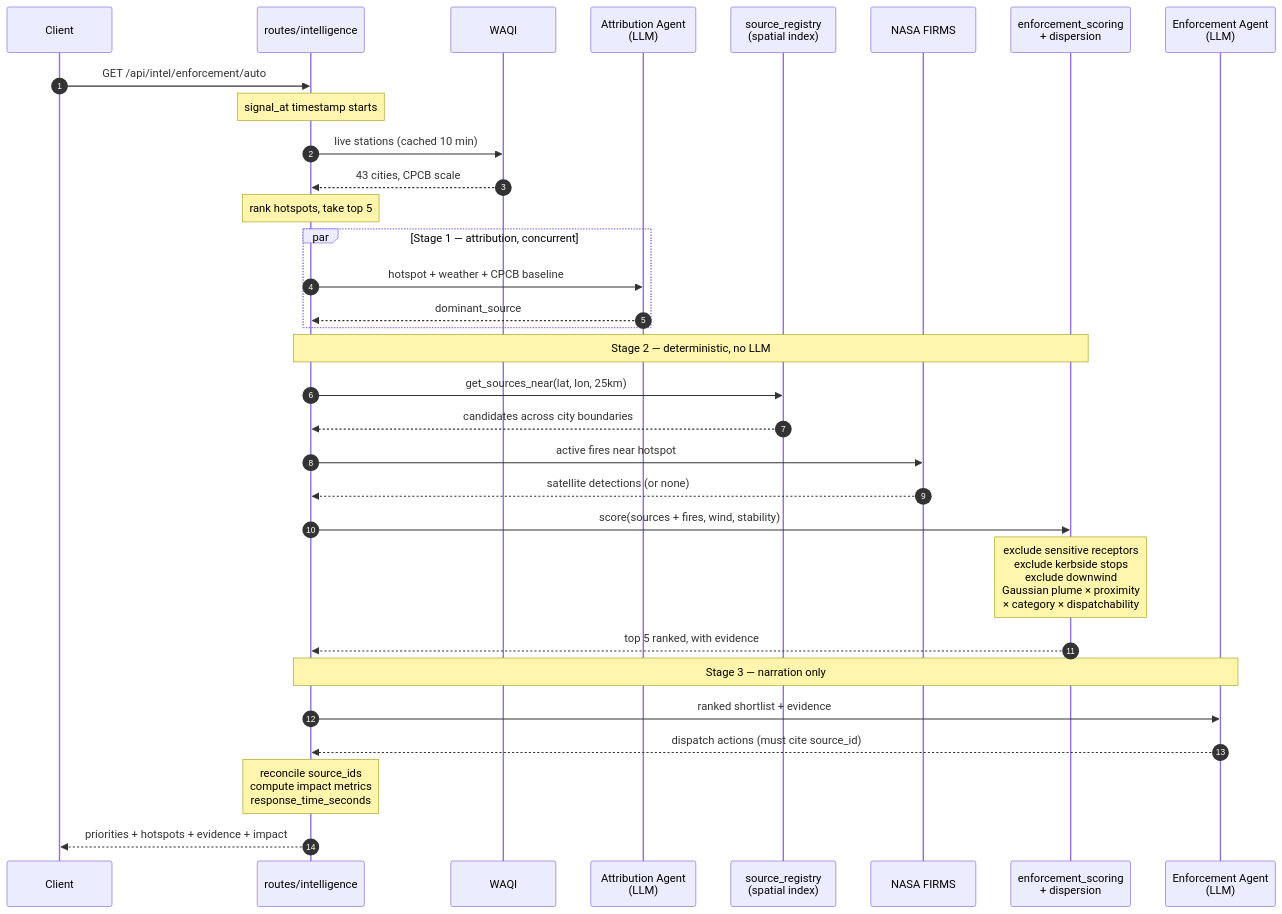
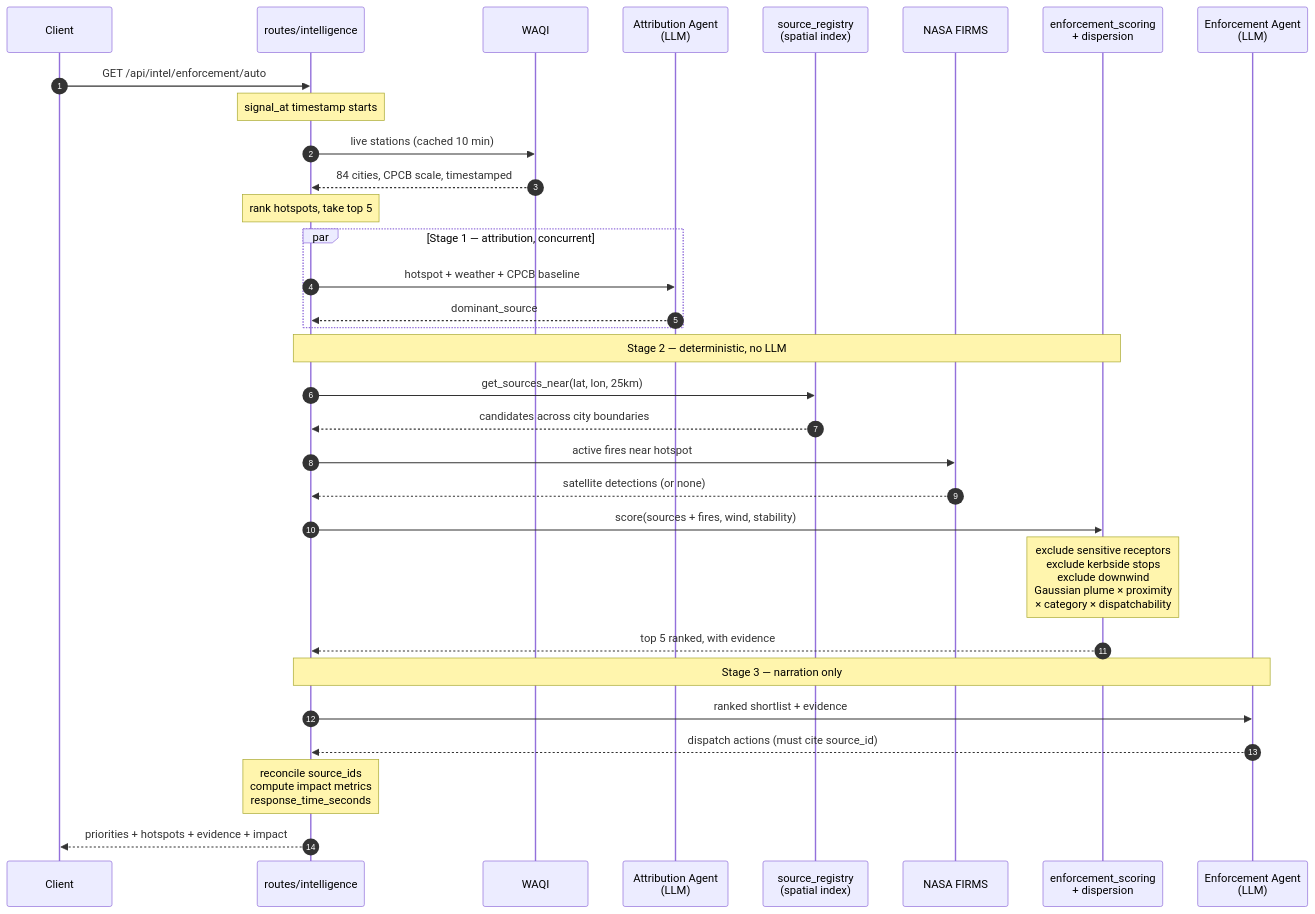
One commit to arnav-rishi/Airwatch-ET changed the second of 6 diagrams in docs/ARCHITECTURE.md. Above: the diagram before and after it, drawn with Mermaid. The commit also changed other lines of this file and 5 other files, not shown here.

````diff
--- a/docs/ARCHITECTURE.md
+++ b/docs/ARCHITECTURE.md
@@ -72,41 +74,41 @@
 ```mermaid
 sequenceDiagram
     autonumber
     participant C as Client
     participant R as routes/intelligence
     participant W as WAQI
     participant A as Attribution Agent<br/>(LLM)
     participant REG as source_registry<br/>(spatial index)
     participant F as NASA FIRMS
     participant S as enforcement_scoring<br/>+ dispersion
     participant E as Enforcement Agent<br/>(LLM)
 
     C->>R: GET /api/intel/enforcement/auto
     Note over R: signal_at timestamp starts
 
     R->>W: live stations (cached 10 min)
-    W-->>R: 43 cities, CPCB scale
+    W-->>R: 84 cities, CPCB scale, timestamped
     Note over R: rank hotspots, take top 5
 
     par Stage 1 — attribution, concurrent
         R->>A: hotspot + weather + CPCB baseline
         A-->>R: dominant_source
     end
 
     Note over R,S: Stage 2 — deterministic, no LLM
     R->>REG: get_sources_near(lat, lon, 25km)
     REG-->>R: candidates across city boundaries
     R->>F: active fires near hotspot
     F-->>R: satellite detections (or none)
 
     R->>S: score(sources + fires, wind, stability)
     Note over S: exclude sensitive receptors<br/>exclude kerbside stops<br/>exclude downwind<br/>Gaussian plume × proximity<br/>× category × dispatchability
     S-->>R: top 5 ranked, with evidence
 
     Note over R,E: Stage 3 — narration only
     R->>E: ranked shortlist + evidence
     E-->>R: dispatch actions (must cite source_id)
 
     Note over R: reconcile source_ids<br/>compute impact metrics<br/>response_time_seconds
     R-->>C: priorities + hotspots + evidence + impact
 ```
````
